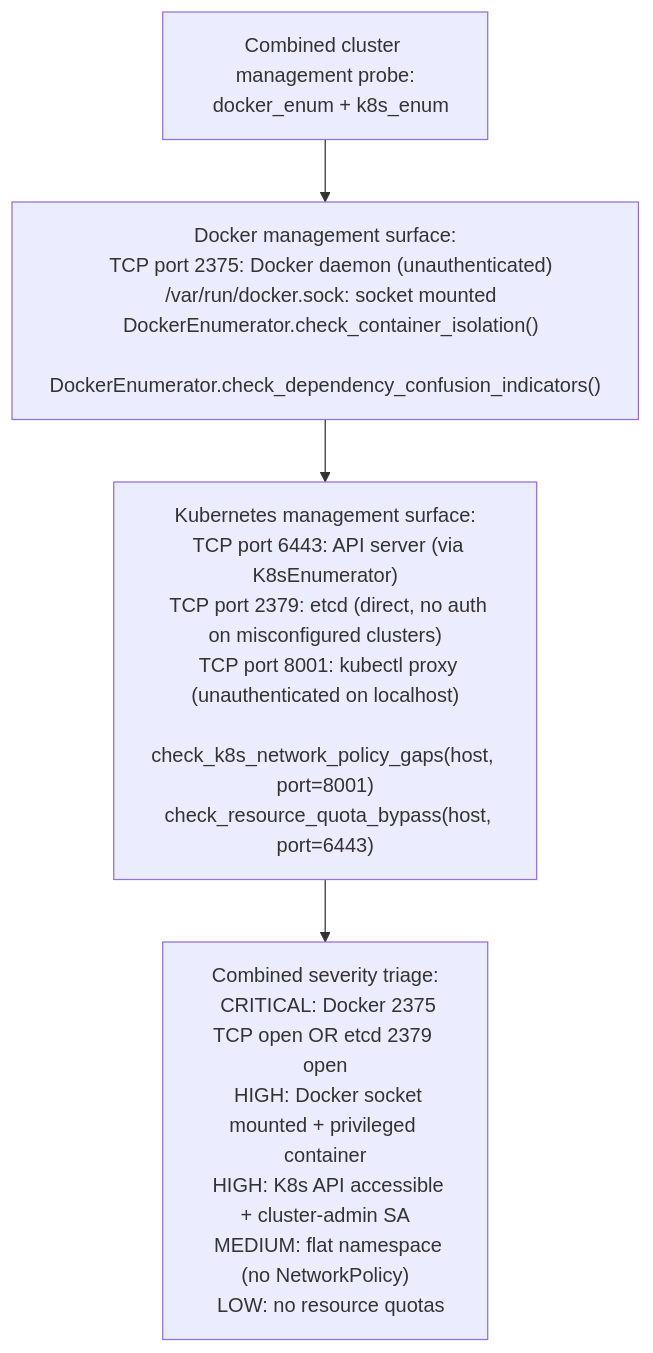
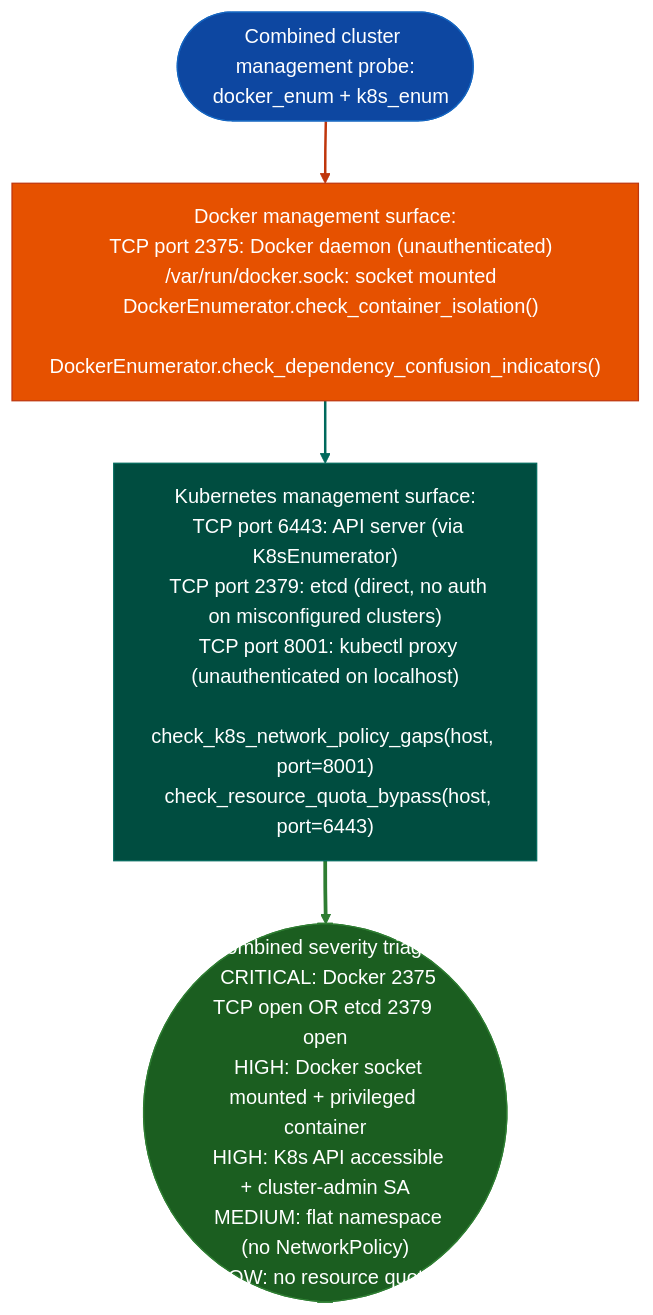
The diagram in docs/reference-modules/cluster-management-exposure.md (Ablation-Tool/ablation), drawn with Mermaid before and after one commit. The commit also changed 320 other files, not shown here.

First line of the commit message:
docs: apply canonical Mermaid template to all 321 diagrams

````diff
--- a/docs/reference-modules/cluster-management-exposure.md
+++ b/docs/reference-modules/cluster-management-exposure.md
@@ -19,6 +19,15 @@
 ```mermaid
 flowchart TD
-    A["Combined cluster management probe:\n  docker_enum + k8s_enum"] --> B["Docker management surface:\n  TCP port 2375: Docker daemon (unauthenticated)\n  /var/run/docker.sock: socket mounted\n  DockerEnumerator.check_container_isolation()\n  DockerEnumerator.check_dependency_confusion_indicators()"]
-    B --> C["Kubernetes management surface:\n  TCP port 6443: API server (via K8sEnumerator)\n  TCP port 2379: etcd (direct, no auth on misconfigured clusters)\n  TCP port 8001: kubectl proxy (unauthenticated on localhost)\n  check_k8s_network_policy_gaps(host, port=8001)\n  check_resource_quota_bypass(host, port=6443)"]
-    C --> D["Combined severity triage:\n  CRITICAL: Docker 2375 TCP open OR etcd 2379 open\n  HIGH: Docker socket mounted + privileged container\n  HIGH: K8s API accessible + cluster-admin SA\n  MEDIUM: flat namespace (no NetworkPolicy)\n  LOW: no resource quotas"]
+    A(["Combined cluster management probe:\n  docker_enum + k8s_enum"]):::input --> B["Docker management surface:\n  TCP port 2375: Docker daemon (unauthenticated)\n  /var/run/docker.sock: socket mounted\n  DockerEnumerator.check_container_isolation()\n  DockerEnumerator.check_dependency_confusion_indicators()"]:::primary
+    B:::primary --> C["Kubernetes management surface:\n  TCP port 6443: API server (via K8sEnumerator)\n  TCP port 2379: etcd (direct, no auth on misconfigured clusters)\n  TCP port 8001: kubectl proxy (unauthenticated on localhost)\n  check_k8s_network_policy_gaps(host, port=8001)\n  check_resource_quota_bypass(host, port=6443)"]:::secondary
+    C:::secondary --> D(["Combined severity triage:\n  CRITICAL: Docker 2375 TCP open OR etcd 2379 open\n  HIGH: Docker socket mounted + privileged container\n  HIGH: K8s API accessible + cluster-admin SA\n  MEDIUM: flat namespace (no NetworkPolicy)\n  LOW: no resource quotas"]):::output
+    classDef input     fill:#0d47a1,stroke:#1565c0,color:#fff
+    classDef primary   fill:#e65100,stroke:#bf360c,color:#fff
+    classDef secondary fill:#004d40,stroke:#00695c,color:#fff
+    classDef tertiary  fill:#4a148c,stroke:#6a1b9a,color:#fff
+    classDef neutral   fill:#37474f,stroke:#546e7a,color:#fff
+    classDef output    fill:#1b5e20,stroke:#2e7d32,color:#fff
+    linkStyle 0 stroke:#bf360c,stroke-width:2px
+    linkStyle 1 stroke:#00695c,stroke-width:2px
+    linkStyle 2 stroke:#2e7d32,stroke-width:3px
 ```
````
